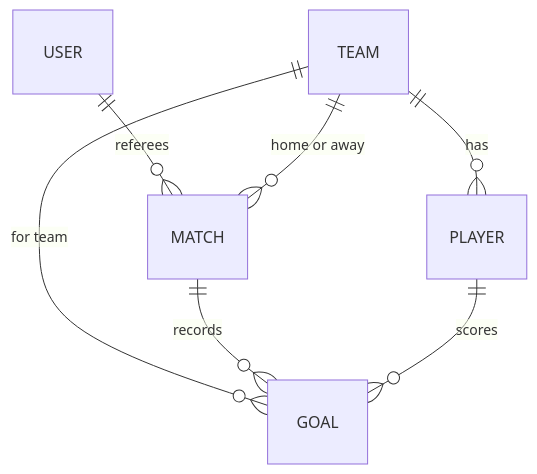
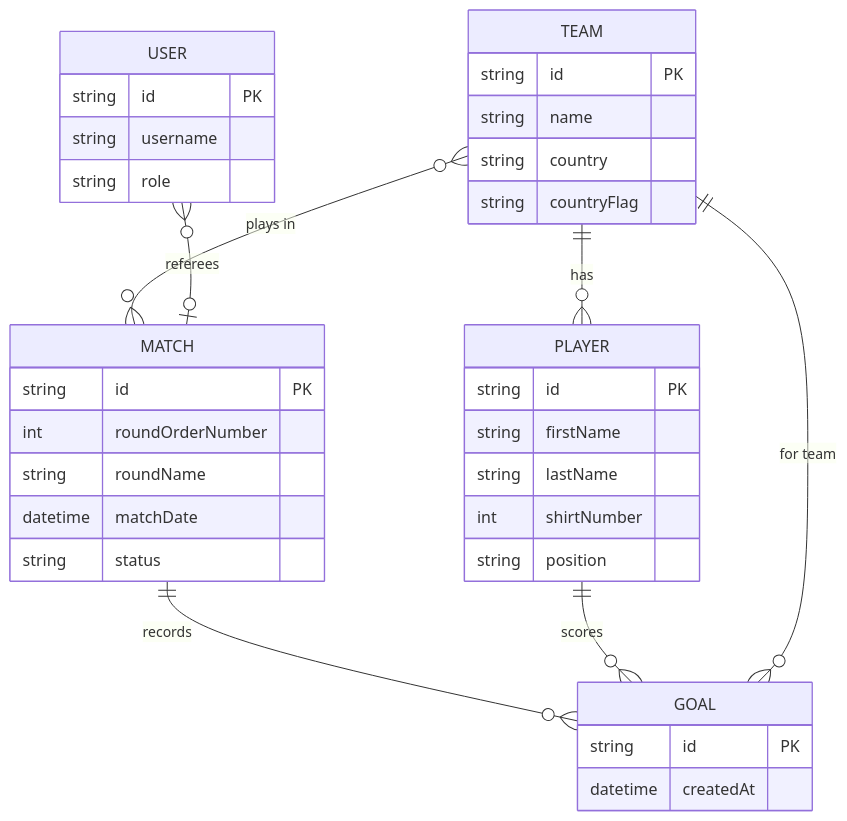
The second of 3 diagrams in analysis/project_schema.md (sanderkerkhofs/worldcup-manager-2026), drawn with Mermaid before and after one commit. The commit also changed other lines of this file and 28 other files, not shown here.

````diff
--- a/analysis/project_schema.md
+++ b/analysis/project_schema.md
@@ -194,9 +194,39 @@
 ```mermaid
 erDiagram
-  USER ||--o{ MATCH : referees
-  TEAM ||--o{ PLAYER : has
+  USER {
+    string id PK
+    string username
+    string role
+  }
+  TEAM {
+    string id PK
+    string name
+    string country
+    string countryFlag
+  }
+  PLAYER {
+    string id PK
+    string firstName
+    string lastName
+    int shirtNumber
+    string position
+  }
+  MATCH {
+    string id PK
+    int roundOrderNumber
+    string roundName
+    datetime matchDate
+    string status
+  }
+  GOAL {
+    string id PK
+    datetime createdAt
+  }
+
+  TEAM ||--o{ PLAYER : "has"
+  TEAM }o--o{ MATCH : "plays in"
+  USER }o--o| MATCH : "referees"
+  MATCH ||--o{ GOAL : "records"
+  PLAYER ||--o{ GOAL : "scores"
   TEAM ||--o{ GOAL : "for team"
-  TEAM ||--o{ MATCH : "home or away"
-  MATCH ||--o{ GOAL : records
-  PLAYER ||--o{ GOAL : scores
 ```
````
